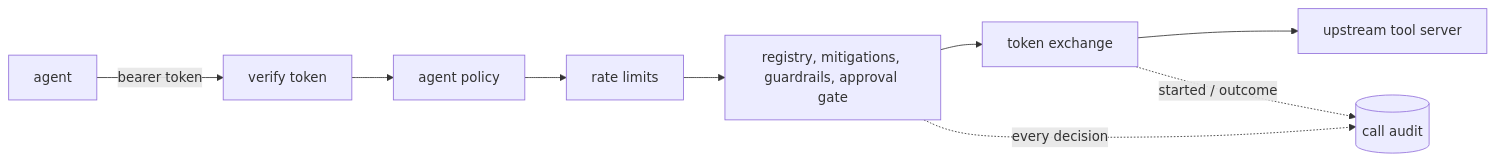
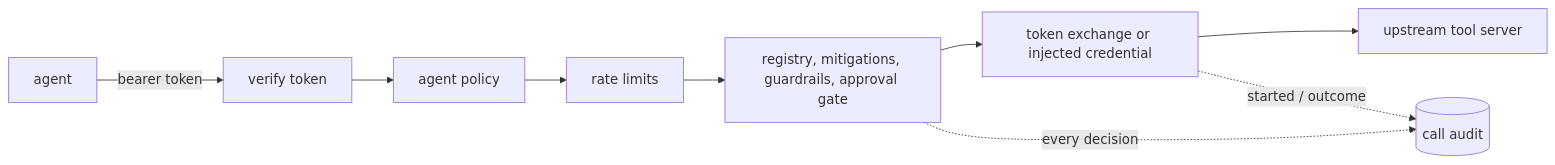
Before and after one commit to Sannrox/sekisho: the diagram in README.md, drawn with Mermaid. The commit also changed other lines of this file and 9 other files, not shown here.

````diff
--- a/README.md
+++ b/README.md
@@ -121,11 +121,11 @@
 ```mermaid
 flowchart LR
   A[agent] -->|bearer token| V[verify token]
   V --> P[agent policy]
   P --> L[rate limits]
   L --> G[registry, mitigations, guardrails, approval gate]
-  G --> X[token exchange]
+  G --> X[token exchange or injected credential]
   X --> U[upstream tool server]
   G -. every decision .-> AU[(call audit)]
   X -. started / outcome .-> AU
 ```
````
